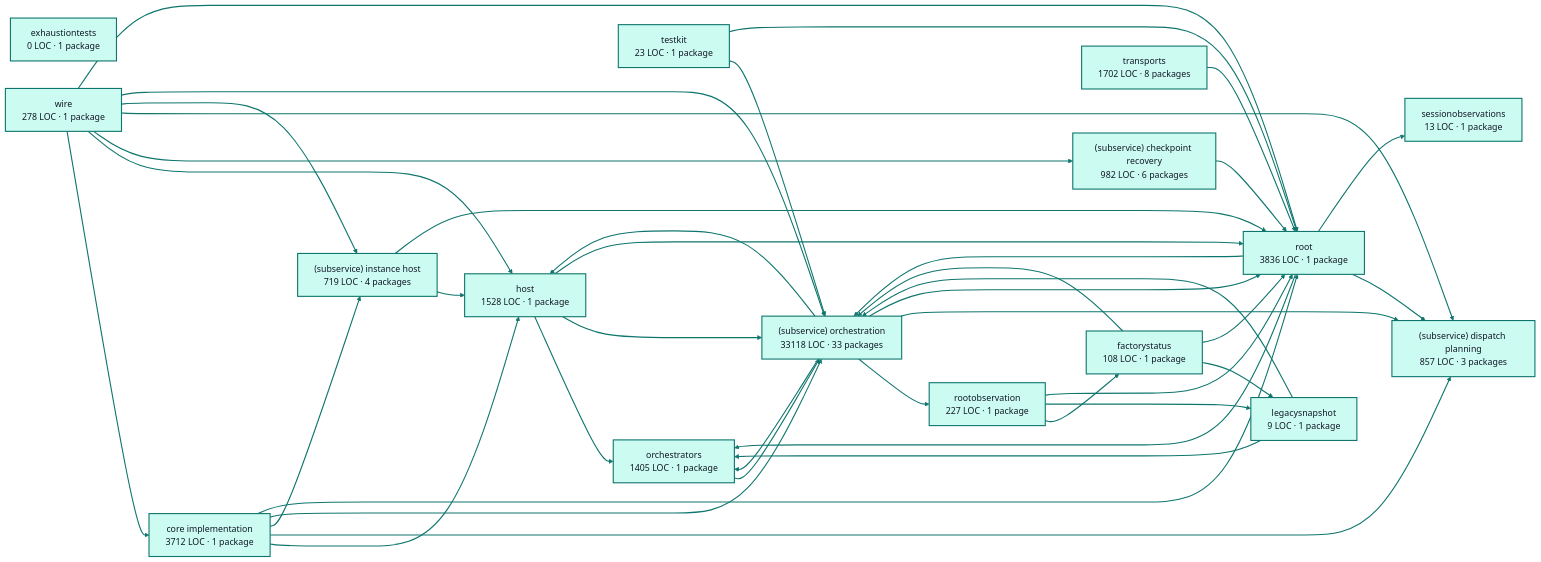
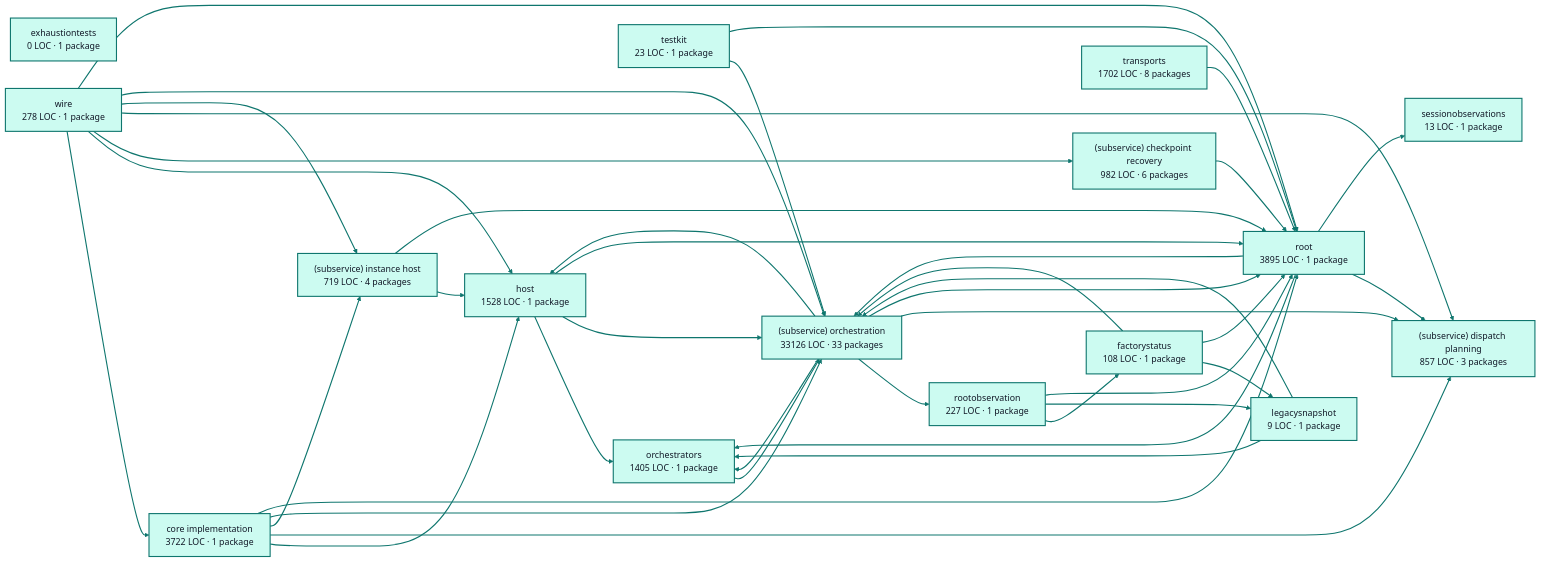
The diagram in docs/architecture/visualizations/services/factory_runtime.md (portpowered/you-agent-factory), drawn with Mermaid before and after one commit. The commit also changed other lines of this file and 20 other files, not shown here.

Commit message:
docs: refresh backend architecture visualizations

````diff
--- a/docs/architecture/visualizations/services/factory_runtime.md
+++ b/docs/architecture/visualizations/services/factory_runtime.md
@@ -11,75 +11,75 @@
 ```mermaid
 flowchart LR
-  p0["core implementation<br/>3712 LOC · 1 package"]
+  p0["core implementation<br/>3722 LOC · 1 package"]
   p1["exhaustiontests<br/>0 LOC · 1 package"]
   p2["factorystatus<br/>108 LOC · 1 package"]
   p3["host<br/>1528 LOC · 1 package"]
   p4["legacysnapshot<br/>9 LOC · 1 package"]
   p5["orchestrators<br/>1405 LOC · 1 package"]
   p6["rootobservation<br/>227 LOC · 1 package"]
   p7["(subservice) checkpoint recovery<br/>982 LOC · 6 packages"]
   p8["(subservice) dispatch planning<br/>857 LOC · 3 packages"]
   p9["(subservice) instance host<br/>719 LOC · 4 packages"]
-  p10["(subservice) orchestration<br/>33118 LOC · 33 packages"]
+  p10["(subservice) orchestration<br/>33126 LOC · 33 packages"]
   p11["sessionobservations<br/>13 LOC · 1 package"]
   p12["testkit<br/>23 LOC · 1 package"]
-  p13["root<br/>3836 LOC · 1 package"]
+  p13["root<br/>3895 LOC · 1 package"]
   p14["transports<br/>1702 LOC · 8 packages"]
   p15["wire<br/>278 LOC · 1 package"]
   p0 --> p3
   p0 --> p8
   p0 --> p9
   p0 --> p10
   p0 --> p13
   p2 --> p4
   p2 --> p10
   p2 --> p13
   p3 --> p5
   p3 --> p10
   p3 --> p13
   p4 --> p5
   p4 --> p10
   p5 --> p10
   p6 --> p2
   p6 --> p4
   p6 --> p13
   p7 --> p13
   p9 --> p3
   p9 --> p13
   p10 --> p3
   p10 --> p5
   p10 --> p6
   p10 --> p8
   p10 --> p13
   p12 --> p10
   p12 --> p13
   p13 --> p5
   p13 --> p8
   p13 --> p10
   p13 --> p11
   p14 --> p13
   p15 --> p0
   p15 --> p3
   p15 --> p7
   p15 --> p8
   p15 --> p9
   p15 --> p10
   p15 --> p13
   style p0 fill:#ccfbf1,stroke:#0f766e,stroke-width:2px,color:#111827
   style p1 fill:#ccfbf1,stroke:#0f766e,stroke-width:2px,color:#111827
   style p2 fill:#ccfbf1,stroke:#0f766e,stroke-width:2px,color:#111827
   style p3 fill:#ccfbf1,stroke:#0f766e,stroke-width:2px,color:#111827
   style p4 fill:#ccfbf1,stroke:#0f766e,stroke-width:2px,color:#111827
   style p5 fill:#ccfbf1,stroke:#0f766e,stroke-width:2px,color:#111827
   style p6 fill:#ccfbf1,stroke:#0f766e,stroke-width:2px,color:#111827
   style p7 fill:#ccfbf1,stroke:#0f766e,stroke-width:2px,color:#111827
   style p8 fill:#ccfbf1,stroke:#0f766e,stroke-width:2px,color:#111827
   style p9 fill:#ccfbf1,stroke:#0f766e,stroke-width:2px,color:#111827
   style p10 fill:#ccfbf1,stroke:#0f766e,stroke-width:2px,color:#111827
   style p11 fill:#ccfbf1,stroke:#0f766e,stroke-width:2px,color:#111827
   style p12 fill:#ccfbf1,stroke:#0f766e,stroke-width:2px,color:#111827
   style p13 fill:#ccfbf1,stroke:#0f766e,stroke-width:2px,color:#111827
   style p14 fill:#ccfbf1,stroke:#0f766e,stroke-width:2px,color:#111827
   style p15 fill:#ccfbf1,stroke:#0f766e,stroke-width:2px,color:#111827
   linkStyle default stroke:#0f766e,stroke-width:2px
 ```
````
